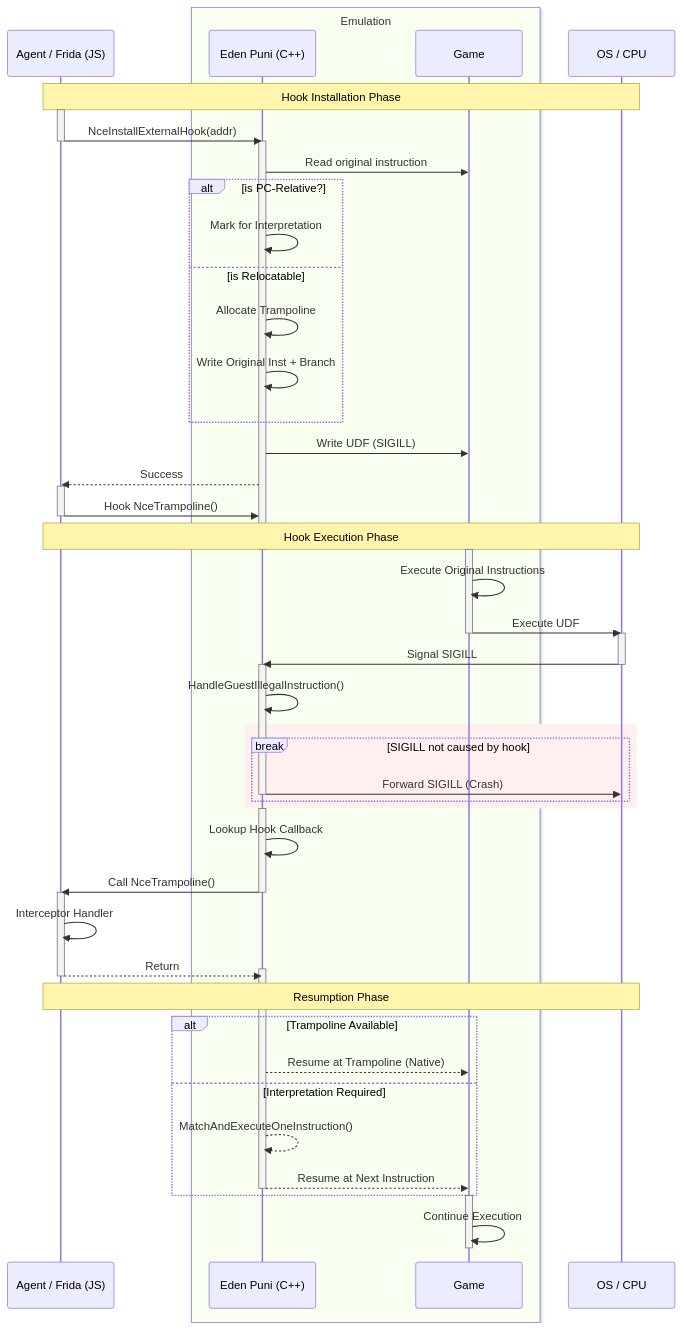
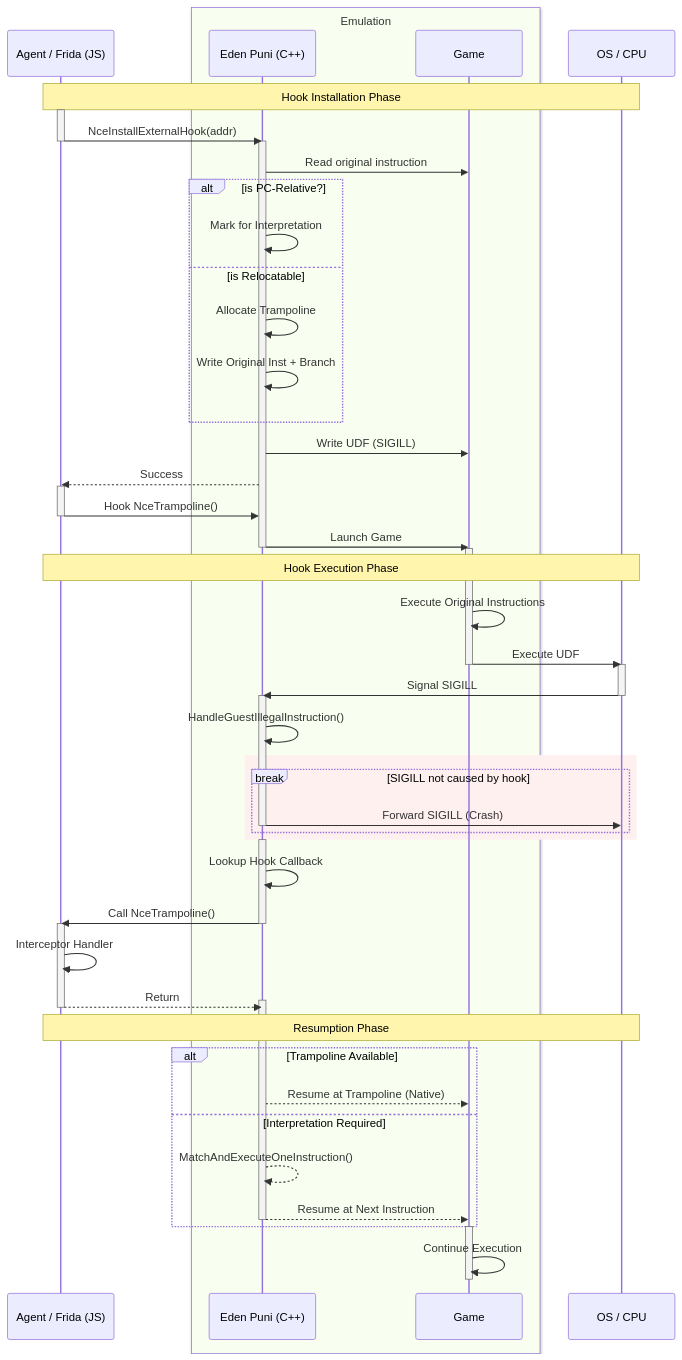
Before and after one commit to Mansive/puni-patcher: the diagram in docs/nce_hooks_diagram.mmd, drawn with Mermaid. The commit also changed 1 other file, not shown here.

Commit message:
Better modeling of game execution flow

```diff
--- a/docs/nce_hooks_diagram.mmd
+++ b/docs/nce_hooks_diagram.mmd
@@ -1,80 +1,81 @@
 %%{init: {
     %% 'theme': 'neo'
 }}%%
 
 sequenceDiagram
     %% autonumber
     participant F as Agent / Frida (JS)
     box rgb(249, 255, 240) Emulation
     participant E as Eden Puni (C++)
     participant G as Game
     end
     participant OS as OS / CPU
 
     Note over F, OS: Hook Installation Phase
 
     activate F
     F->>E: NceInstallExternalHook(addr)
     deactivate F
     activate E
     E->>G: Read original instruction
     
     alt is PC-Relative?
         E->>E: Mark for Interpretation
     else is Relocatable
         E->>E: Allocate Trampoline
         E->>E: Write Original Inst + Branch
     end
 
     E->>G: Write UDF (SIGILL)
     E-->>F: Success
     activate F
     F->>E: Hook NceTrampoline()
     deactivate F
+    E->>G: Launch Game
+    deactivate E
+    activate G
 
     Note over F, OS: Hook Execution Phase
-    deactivate E
 
-    activate G
     G->>G: Execute Original Instructions
     G->>OS: Execute UDF
     deactivate G
     activate OS
     OS->>E: Signal SIGILL
     deactivate OS
     
     activate E
     
     E->>E: HandleGuestIllegalInstruction()
     
     rect rgba(255, 240, 240, 1)
     break SIGILL not caused by hook
         E->>OS: Forward SIGILL (Crash)
         deactivate E
     end
     end
     activate  E
 
     E->>E: Lookup Hook Callback
     
     E->>F: Call NceTrampoline()
     deactivate E
     activate F
     F->>F: Interceptor Handler
     F-->>E: Return
     activate E
     deactivate F
     
     Note over F, OS: Resumption Phase
     
     alt Trampoline Available
         E-->>G: Resume at Trampoline (Native)
     else Interpretation Required
         E-->>E: MatchAndExecuteOneInstruction()
         E-->>G: Resume at Next Instruction
         deactivate E
     end
     
     activate G
     G->>G: Continue Execution
     deactivate G
```
